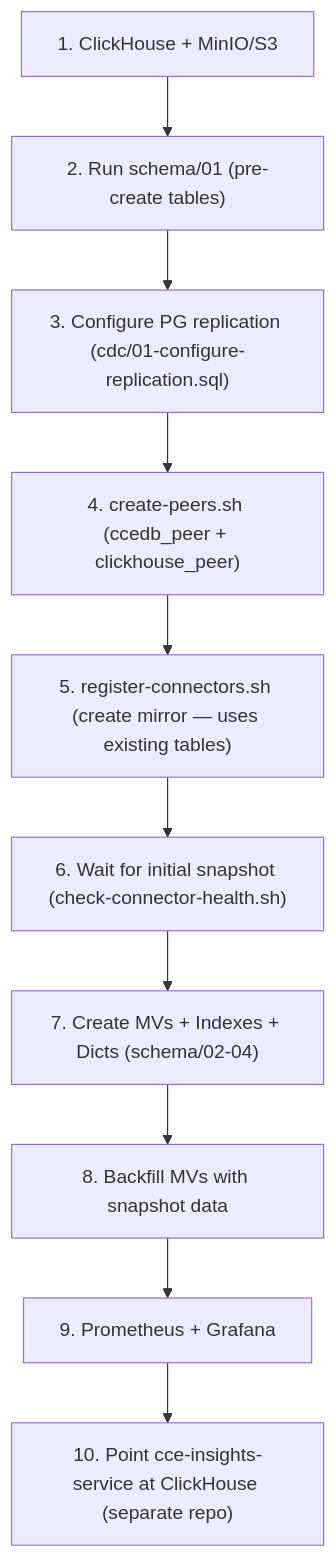
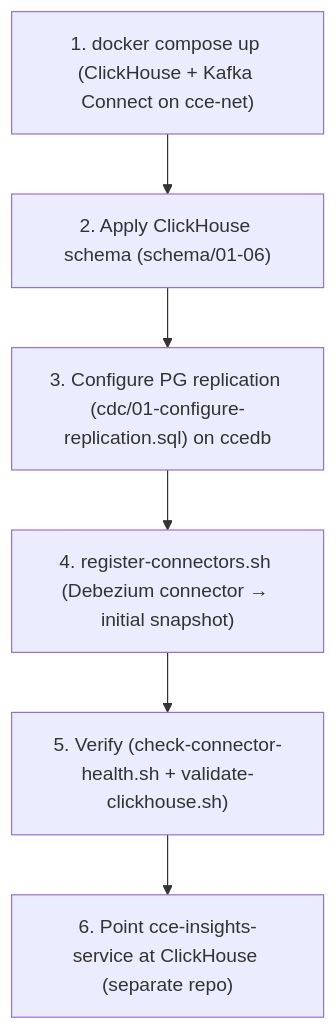
One commit to Jayaprakash8887/cce-data-pipeline changed the diagram in docs/deployment-guide.md. Above: the diagram before and after it, drawn with Mermaid. The commit also changed other lines of this file and 32 other files, not shown here.

````diff
--- a/docs/deployment-guide.md
+++ b/docs/deployment-guide.md
@@ -201,12 +177,8 @@
 ```mermaid
 flowchart TD
-    A["1. ClickHouse + MinIO/S3"] --> B["2. Run schema/01 (pre-create tables)"]
-    B --> PG["3. Configure PG replication (cdc/01-configure-replication.sql)"]
-    PG --> P["4. create-peers.sh (ccedb_peer + clickhouse_peer)"]
-    P --> C["5. register-connectors.sh (create mirror — uses existing tables)"]
-    C --> D["6. Wait for initial snapshot (check-connector-health.sh)"]
-    D --> E["7. Create MVs + Indexes + Dicts (schema/02-04)"]
-    E --> F["8. Backfill MVs with snapshot data"]
-    F --> I["9. Prometheus + Grafana"]
-    I --> J["10. Point cce-insights-service at ClickHouse (separate repo)"]
+    A["1. docker compose up (ClickHouse + Kafka Connect on cce-net)"] --> B["2. Apply ClickHouse schema (schema/01-06)"]
+    B --> PG["3. Configure PG replication (cdc/01-configure-replication.sql) on ccedb"]
+    PG --> C["4. register-connectors.sh (Debezium connector → initial snapshot)"]
+    C --> D["5. Verify (check-connector-health.sh + validate-clickhouse.sh)"]
+    D --> J["6. Point cce-insights-service at ClickHouse (separate repo)"]
 ```
````
